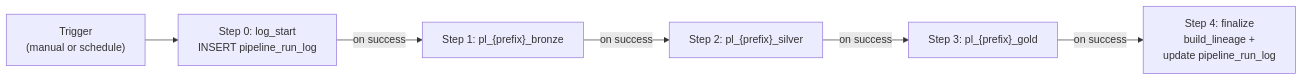
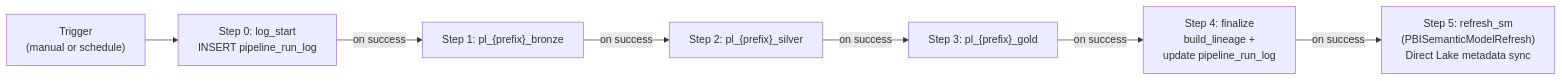
One commit to ankinguyen-engineer-2002/Fabric-v9-Warehouse-Medallion changed the first of 9 diagrams in template_pipeline_guide.md. Above: the diagram before and after it, drawn with Mermaid. The commit also changed other lines of this file and 6 other files, not shown here.

First line of the commit message:
Add Semantic Model to architecture + update all 7 docs

````diff
--- a/template_pipeline_guide.md
+++ b/template_pipeline_guide.md
@@ -12,11 +12,12 @@
 ```mermaid
 flowchart LR
     T["Trigger\n(manual or schedule)"]
     LS["Step 0: log_start\nINSERT pipeline_run_log"]
     B["Step 1: pl_{prefix}_bronze"]
     S["Step 2: pl_{prefix}_silver"]
     G["Step 3: pl_{prefix}_gold"]
     FN["Step 4: finalize\nbuild_lineage +\nupdate pipeline_run_log"]
+    SM["Step 5: refresh_sm\n(PBISemanticModelRefresh)\nDirect Lake metadata sync"]
 
-    T --> LS -->|"on success"| B -->|"on success"| S -->|"on success"| G -->|"on success"| FN
+    T --> LS -->|"on success"| B -->|"on success"| S -->|"on success"| G -->|"on success"| FN -->|"on success"| SM
 ```
````
